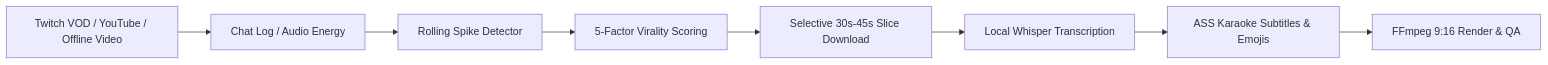
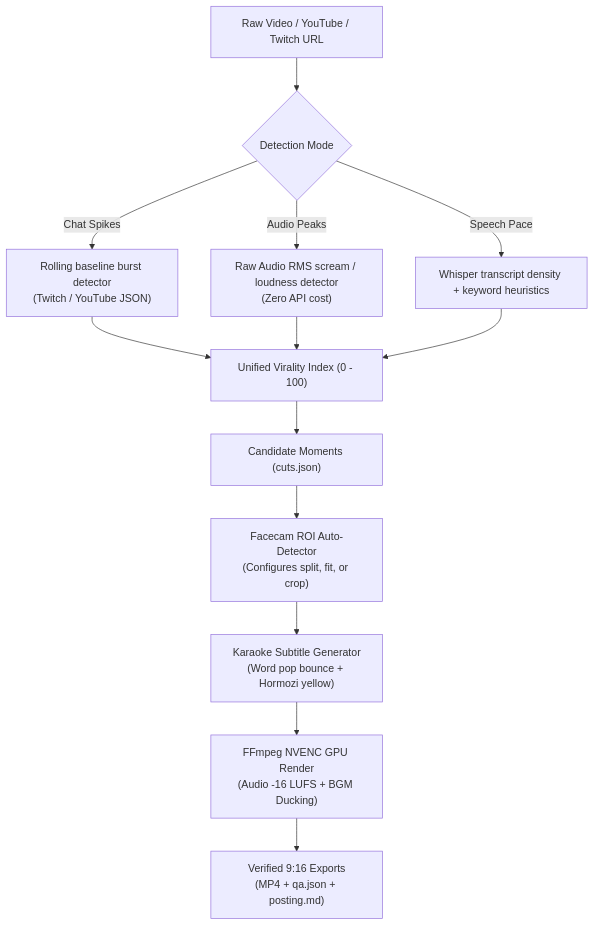
The diagram in README.md (deepanshumohan/GTA-clipping), drawn with Mermaid before and after one commit. The commit also changed other lines of this file and 5 other files, not shown here.

Commit message:
feat: Add hardware acceleration, facecam detection, audio scream spikes, subtitle pop animations, web studio, and auto pipeline

````diff
--- a/README.md
+++ b/README.md
@@ -37,10 +35,18 @@
 ```mermaid
-flowchart LR
-    A[Twitch VOD / YouTube / Offline Video] --> B[Chat Log / Audio Energy]
-    B --> C[Rolling Spike Detector]
-    C --> D[5-Factor Virality Scoring]
-    D --> E[Selective 30s-45s Slice Download]
-    E --> F[Local Whisper Transcription]
-    F --> G[ASS Karaoke Subtitles & Emojis]
-    G --> H[FFmpeg 9:16 Render & QA]
+flowchart TD
+    A["Raw Video / YouTube / Twitch URL"] --> B{"Detection Mode"}
+    
+    B -->|"Chat Spikes"| C["Rolling baseline burst detector<br/>(Twitch / YouTube JSON)"]
+    B -->|"Audio Peaks"| D["Raw Audio RMS scream / loudness detector<br/>(Zero API cost)"]
+    B -->|"Speech Pace"| E["Whisper transcript density + keyword heuristics"]
+    
+    C --> F["Unified Virality Index (0 - 100)"]
+    D --> F
+    E --> F
+    
+    F --> G["Candidate Moments (cuts.json)"]
+    G --> H["Facecam ROI Auto-Detector<br/>(Configures split, fit, or crop)"]
+    H --> I["Karaoke Subtitle Generator<br/>(Word pop bounce + Hormozi yellow)"]
+    I --> J["FFmpeg NVENC GPU Render<br/>(Audio -16 LUFS + BGM Ducking)"]
+    J --> K["Verified 9:16 Exports<br/>(MP4 + qa.json + posting.md)"]
 ```
````
